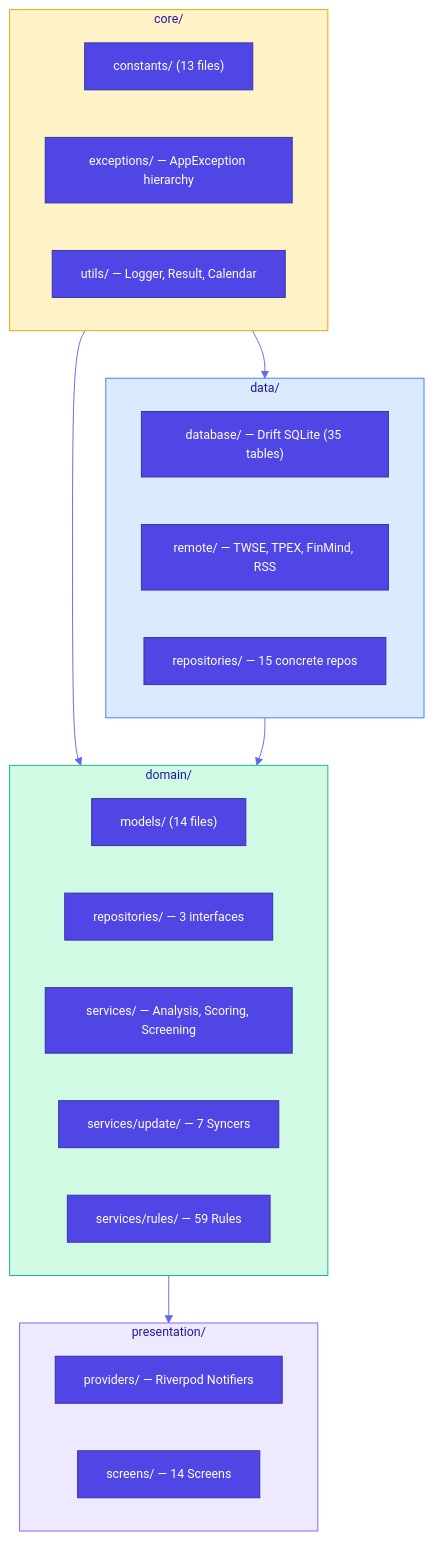
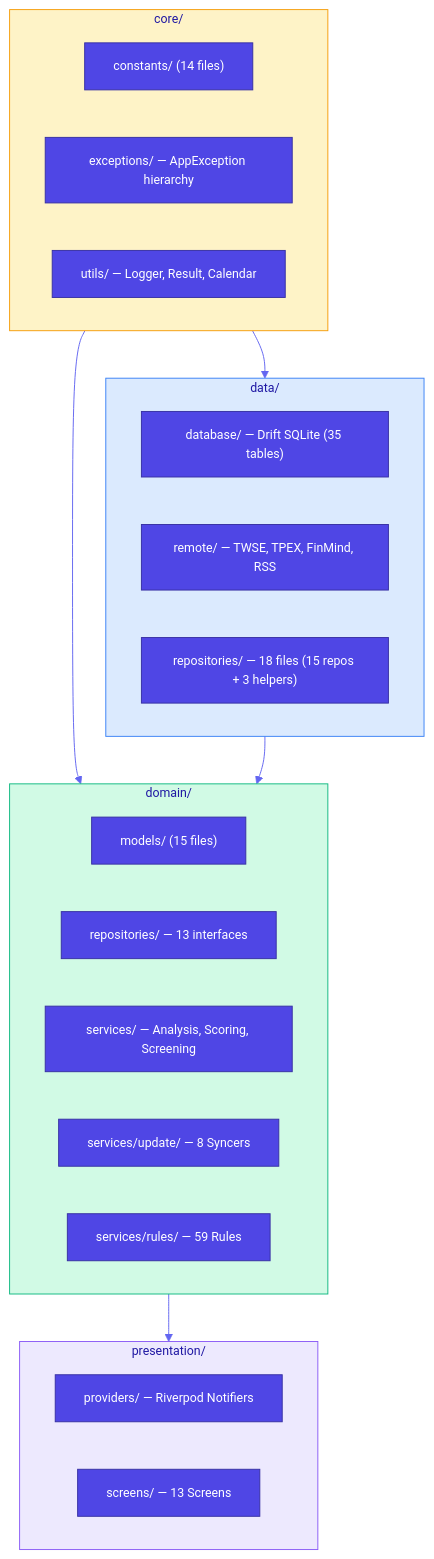
Before and after one commit to Neal75418/afterclose: the second of 4 diagrams in CLAUDE.md, drawn with Mermaid. The commit also changed other lines of this file and 3 other files, not shown here.

````diff
--- a/CLAUDE.md
+++ b/CLAUDE.md
@@ -59,38 +59,38 @@
 ```mermaid
 %%{init: {'theme': 'base', 'themeVariables': {'primaryColor': '#4F46E5', 'primaryTextColor': '#fff', 'primaryBorderColor': '#3730A3', 'lineColor': '#6366F1', 'fontSize': '13px'}}}%%
 flowchart TB
     subgraph Core["core/"]
-        Constants["constants/ (13 files)"]
+        Constants["constants/ (14 files)"]
         Exceptions["exceptions/ — AppException hierarchy"]
         Utils["utils/ — Logger, Result, Calendar"]
     end
 
     subgraph Data["data/"]
         Database["database/ — Drift SQLite (35 tables)"]
         Remote["remote/ — TWSE, TPEX, FinMind, RSS"]
-        Repos["repositories/ — 15 concrete repos"]
+        Repos["repositories/ — 18 files (15 repos + 3 helpers)"]
     end
 
     subgraph Domain["domain/"]
-        Models["models/ (14 files)"]
-        RepoIF["repositories/ — 3 interfaces"]
+        Models["models/ (15 files)"]
+        RepoIF["repositories/ — 13 interfaces"]
         Services["services/ — Analysis, Scoring, Screening"]
-        Update["services/update/ — 7 Syncers"]
+        Update["services/update/ — 8 Syncers"]
         Rules["services/rules/ — 59 Rules"]
     end
 
     subgraph Presentation["presentation/"]
         Providers["providers/ — Riverpod Notifiers"]
-        Screens["screens/ — 14 Screens"]
+        Screens["screens/ — 13 Screens"]
     end
 
     Core --> Data
     Core --> Domain
     Data --> Domain
     Domain --> Presentation
 
     style Core fill:#FEF3C7,stroke:#F59E0B
     style Data fill:#DBEAFE,stroke:#3B82F6
     style Domain fill:#D1FAE5,stroke:#10B981
     style Presentation fill:#EDE9FE,stroke:#8B5CF6
 ```
````
